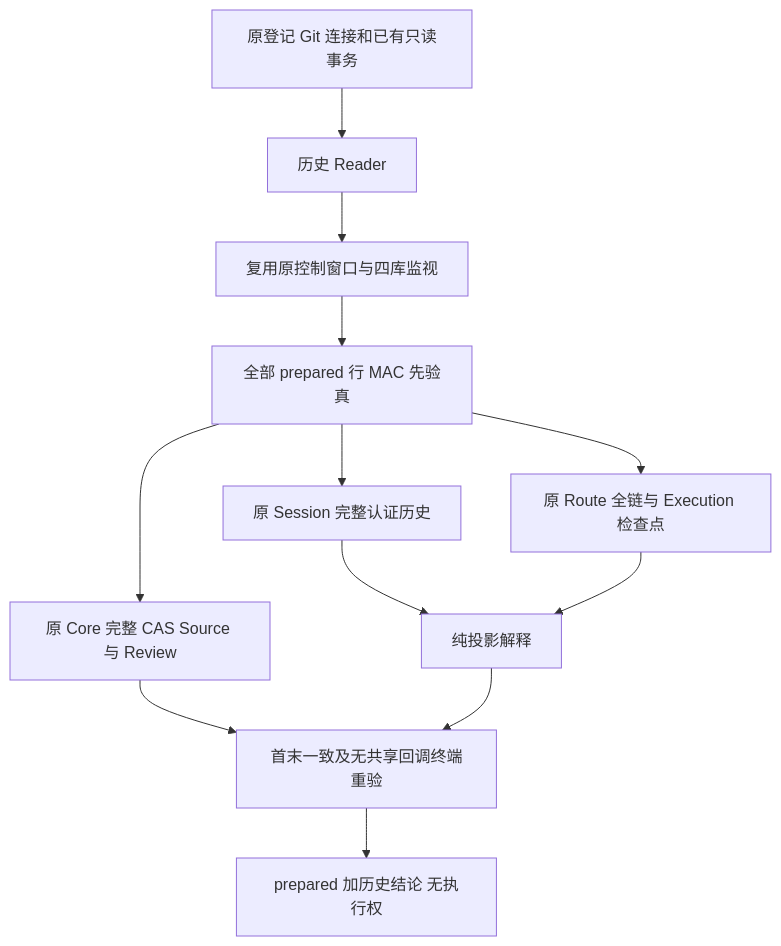
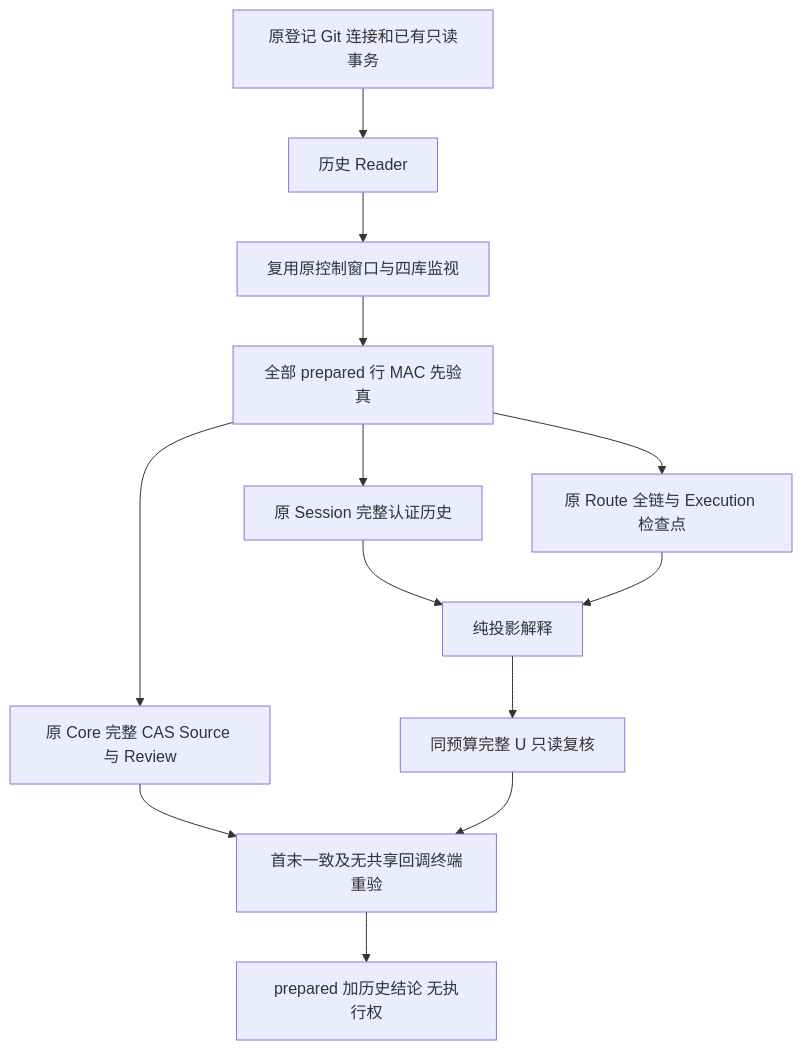
Before and after one commit to carrie1988/Harnessix: the second of 5 diagrams in docs/changes/m09-r4-git-prepared-approval-history.md, drawn with Mermaid. The commit also changed other lines of this file and 5 other files, not shown here.

````diff
--- a/docs/changes/m09-r4-git-prepared-approval-history.md
+++ b/docs/changes/m09-r4-git-prepared-approval-history.md
@@ -70,14 +71,15 @@
 ```mermaid
 flowchart TD
     C[原登记 Git 连接和已有只读事务] --> R[历史 Reader]
     R --> W[复用原控制窗口与四库监视]
     W --> G[全部 prepared 行 MAC 先验真]
     G --> H[原 Session 完整认证历史]
     G --> A[原 Route 全链与 Execution 检查点]
     G --> K[原 Core 完整 CAS Source 与 Review]
     H --> I[纯投影解释]
     A --> I
     K --> T[首末一致及无共享回调终端重验]
-    I --> T
+    I --> U[同预算完整 U 只读复核]
+    U --> T
     T --> O[prepared 加历史结论 无执行权]
 ```
````
